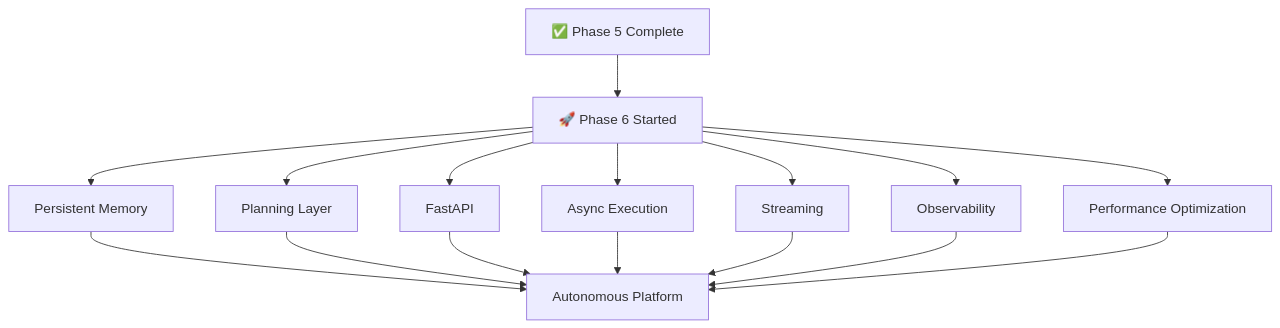
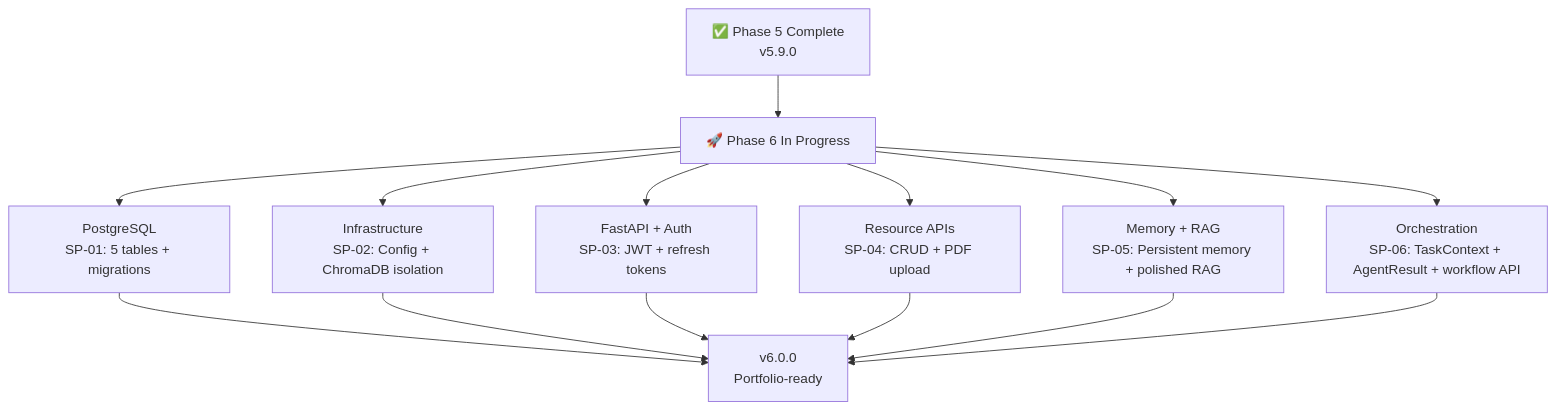
One commit to ankush-poonia007/STARTUP-AI-AGENT changed diagram 12 of 13 in docs/ARCHITECTURE.md. Above: the diagram before and after it, drawn with Mermaid. The commit also changed other lines of this file, not shown here.

Commit message:
docs(phase6): update system architecture

````diff
--- a/docs/ARCHITECTURE.md
+++ b/docs/ARCHITECTURE.md
@@ -808,20 +797,18 @@
 ```mermaid
 flowchart TD
-    P5["✅ Phase 5 Complete"] --> P6["🚀 Phase 6 Started"]
+    P5["✅ Phase 5 Complete\nv5.9.0"] --> P6["🚀 Phase 6 In Progress"]
 
-    P6 --> MEM["Persistent Memory"]
-    P6 --> PLAN["Planning Layer"]
-    P6 --> API["FastAPI"]
-    P6 --> ASYNC["Async Execution"]
-    P6 --> STREAM["Streaming"]
-    P6 --> OBS["Observability"]
-    P6 --> PERF["Performance Optimization"]
+    P6 --> DB["PostgreSQL\nSP-01: 5 tables + migrations"]
+    P6 --> INFRA["Infrastructure\nSP-02: Config + ChromaDB isolation"]
+    P6 --> AUTH["FastAPI + Auth\nSP-03: JWT + refresh tokens"]
+    P6 --> API["Resource APIs\nSP-04: CRUD + PDF upload"]
+    P6 --> MEM["Memory + RAG\nSP-05: Persistent memory + polished RAG"]
+    P6 --> ORCH["Orchestration\nSP-06: TaskContext + AgentResult + workflow API"]
 
-    MEM --> PLATFORM["Autonomous Platform"]
-    PLAN --> PLATFORM
-    API --> PLATFORM
-    ASYNC --> PLATFORM
-    STREAM --> PLATFORM
-    OBS --> PLATFORM
-    PERF --> PLATFORM
+    DB --> DONE["v6.0.0\nPortfolio-ready"]
+    INFRA --> DONE
+    AUTH --> DONE
+    API --> DONE
+    MEM --> DONE
+    ORCH --> DONE
 ```
````
